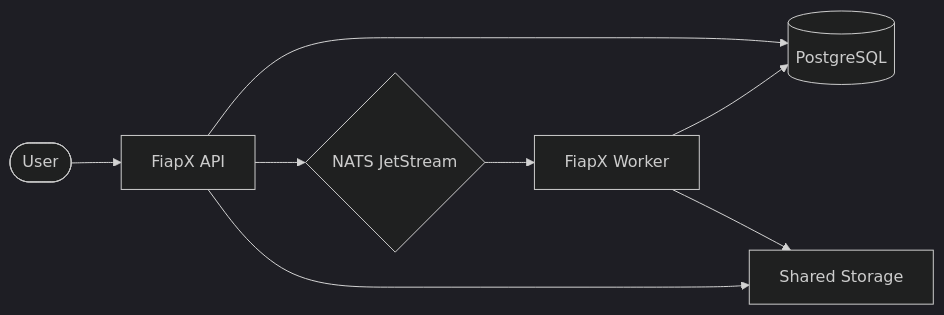
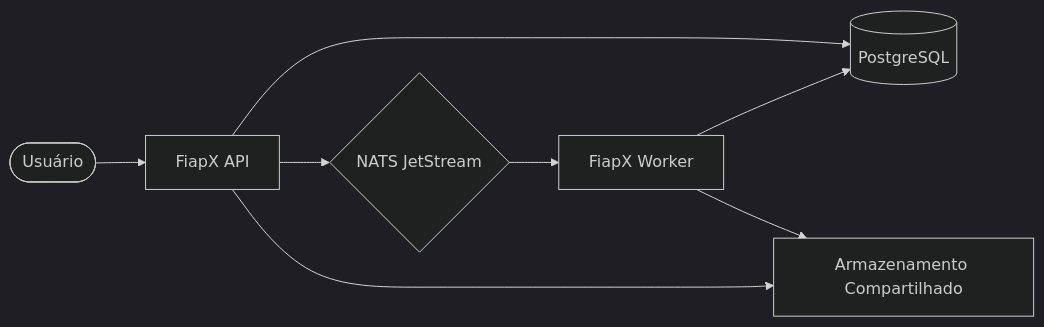
The first of 4 diagrams in docs/architecture.md (elvismariel/grupo-140-fiapx), drawn with Mermaid (dark theme) before and after one commit. The commit also changed other lines of this file and 1 other file, not shown here.

````diff
--- a/docs/architecture.md
+++ b/docs/architecture.md
@@ -13,10 +13,10 @@
 ```mermaid
 graph LR
-    User([User]) --> API[FiapX API]
+    User([Usuário]) --> API[FiapX API]
     API --> DB[(PostgreSQL)]
     API --> NATS{NATS JetStream}
     NATS --> Worker[FiapX Worker]
     Worker --> DB
-    Worker --> Storage[Shared Storage]
+    Worker --> Storage[Armazenamento Compartilhado]
     API --> Storage
 ```
````
